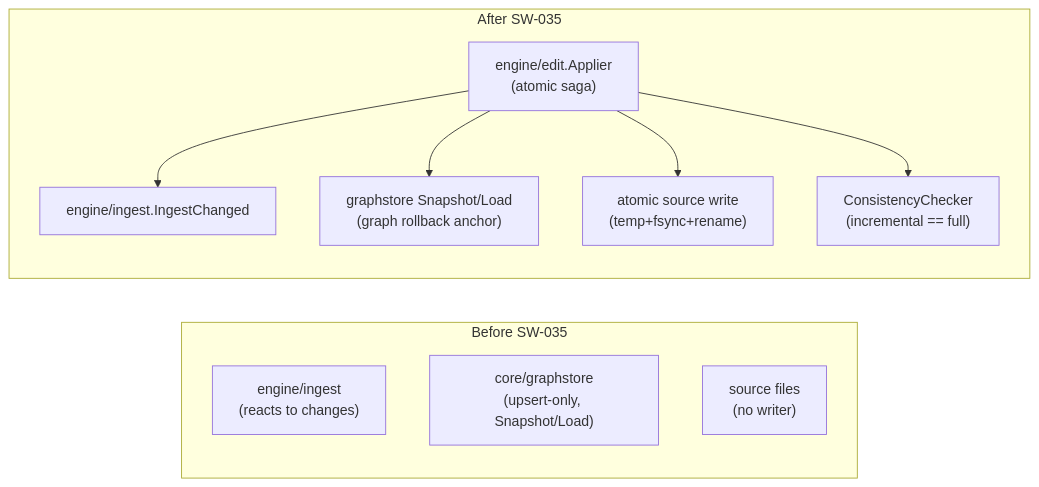
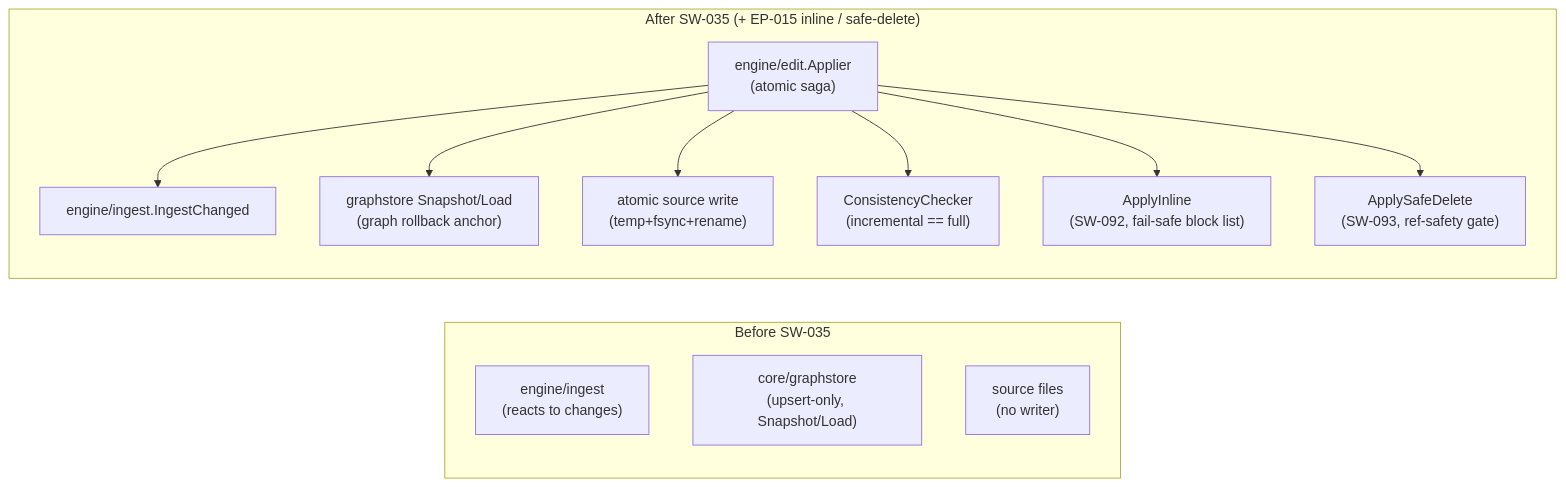
Before and after one commit to samibel/graphi: the first of 2 diagrams in docs/edit/atomic-edit.md, drawn with Mermaid. The commit also changed other lines of this file and 14 other files, not shown here.

````diff
--- a/docs/edit/atomic-edit.md
+++ b/docs/edit/atomic-edit.md
@@ -46,15 +57,17 @@
 ```mermaid
 flowchart LR
     subgraph before["Before SW-035"]
         ing1["engine/ingest\n(reacts to changes)"]
         gs1["core/graphstore\n(upsert-only, Snapshot/Load)"]
         fs1["source files\n(no writer)"]
     end
-    subgraph after["After SW-035"]
+    subgraph after["After SW-035 (+ EP-015 inline / safe-delete)"]
         edit["engine/edit.Applier\n(atomic saga)"]
         edit --> ing2["engine/ingest.IngestChanged"]
         edit --> gs2["graphstore Snapshot/Load\n(graph rollback anchor)"]
         edit --> fs2["atomic source write\n(temp+fsync+rename)"]
         edit --> chk["ConsistencyChecker\n(incremental == full)"]
+        edit --> inl["ApplyInline\n(SW-092, fail-safe block list)"]
+        edit --> sdel["ApplySafeDelete\n(SW-093, ref-safety gate)"]
     end
 ```
````
